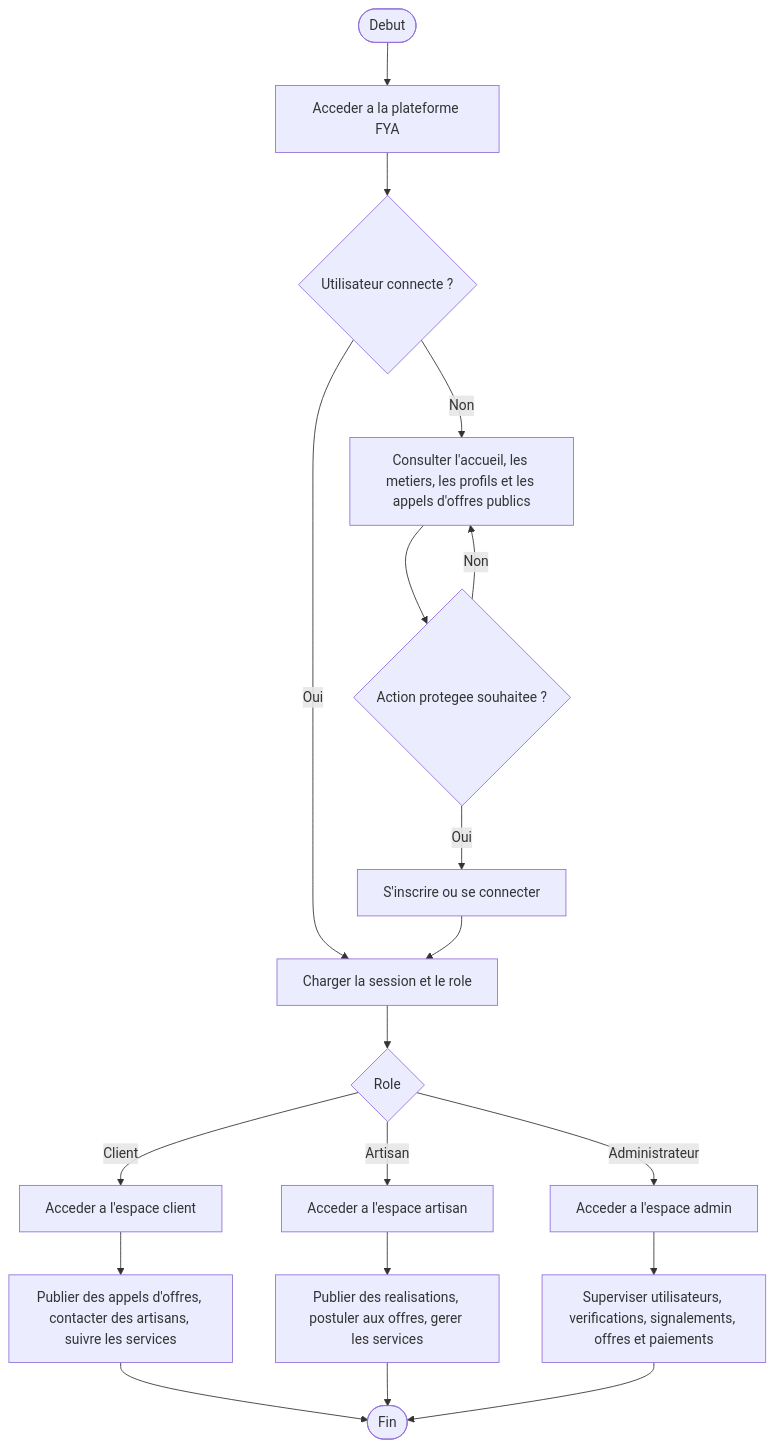
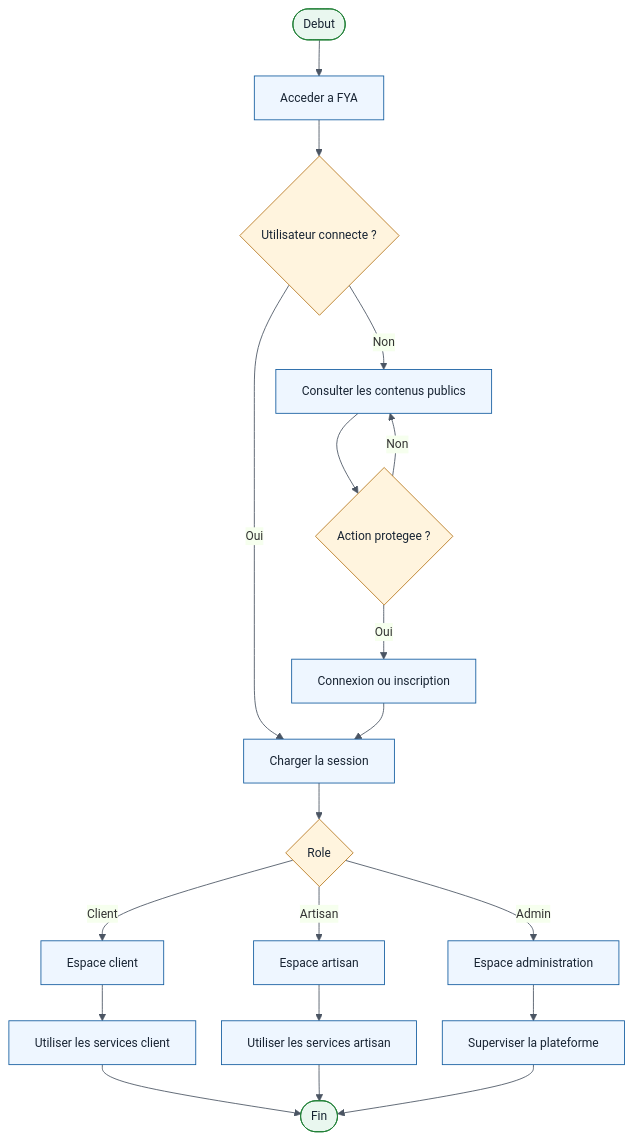
The first of 12 diagrams in UML/diagrammes-activites.md (Exauce13/fya-front-end), drawn with Mermaid before and after one commit. The commit also changed other lines of this file and 104 other files, not shown here.

````diff
--- a/UML/diagrammes-activites.md
+++ b/UML/diagrammes-activites.md
@@ -7,26 +22,34 @@
 ```mermaid
+%%{init: {"theme": "base", "themeVariables": {"fontFamily": "Arial", "fontSize": "14px", "primaryColor": "#EEF6FF", "primaryBorderColor": "#145DA0", "lineColor": "#4B5563", "textColor": "#182433"}, "flowchart": {"curve": "basis", "nodeSpacing": 30, "rankSpacing": 42}}}%%
 flowchart TD
-    A([Debut]) --> B[Acceder a la plateforme FYA]
+    A([Debut]) --> B[Acceder a FYA]
     B --> C{Utilisateur connecte ?}
 
-    C -- Non --> D[Consulter l'accueil, les metiers, les profils et les appels d'offres publics]
-    D --> E{Action protegee souhaitee ?}
+    C -- Non --> D[Consulter les contenus publics]
+    D --> E{Action protegee ?}
     E -- Non --> D
-    E -- Oui --> F[S'inscrire ou se connecter]
+    E -- Oui --> F[Connexion ou inscription]
 
-    C -- Oui --> G[Charger la session et le role]
+    C -- Oui --> G[Charger la session]
     F --> G
     G --> H{Role}
 
-    H -- Client --> I[Acceder a l'espace client]
-    H -- Artisan --> J[Acceder a l'espace artisan]
-    H -- Administrateur --> K[Acceder a l'espace admin]
+    H -- Client --> I[Espace client]
+    H -- Artisan --> J[Espace artisan]
+    H -- Admin --> K[Espace administration]
 
-    I --> L[Publier des appels d'offres, contacter des artisans, suivre les services]
-    J --> M[Publier des realisations, postuler aux offres, gerer les services]
-    K --> N[Superviser utilisateurs, verifications, signalements, offres et paiements]
+    I --> L[Utiliser les services client]
+    J --> M[Utiliser les services artisan]
+    K --> N[Superviser la plateforme]
 
-    L --> O([Fin])
-    M --> O
-    N --> O
+    L --> Z([Fin])
+    M --> Z
+    N --> Z
+
+    classDef start fill:#E9F7EF,stroke:#1E7E34,color:#182433,font-size:14px
+    classDef action fill:#EEF6FF,stroke:#145DA0,color:#182433,font-size:14px
+    classDef decision fill:#FFF4DE,stroke:#B7791F,color:#182433,font-size:14px
+    class A,Z start
+    class B,D,F,G,I,J,K,L,M,N action
+    class C,E,H decision
 ```
````
